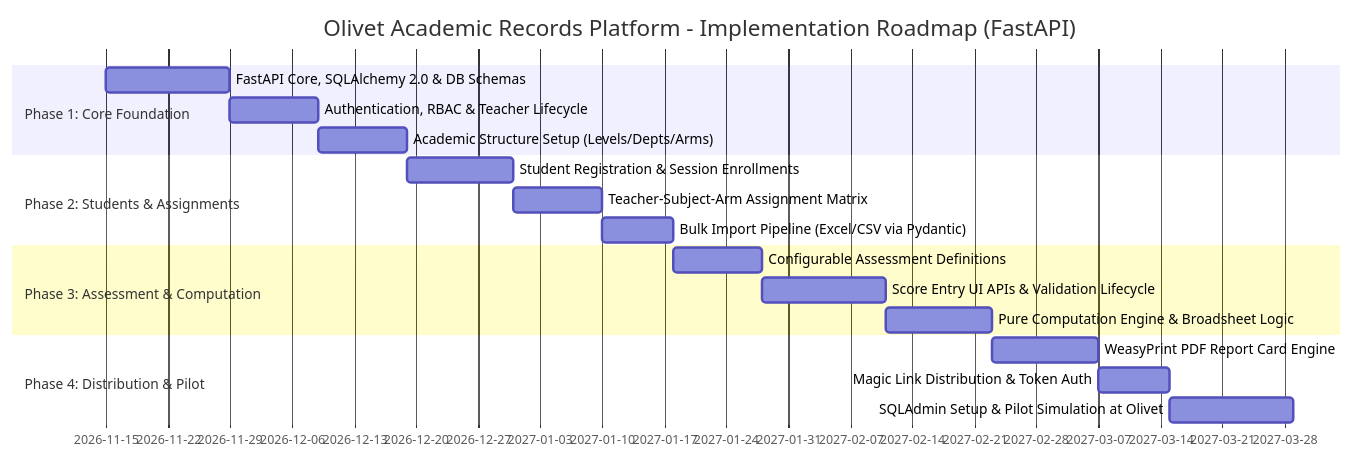
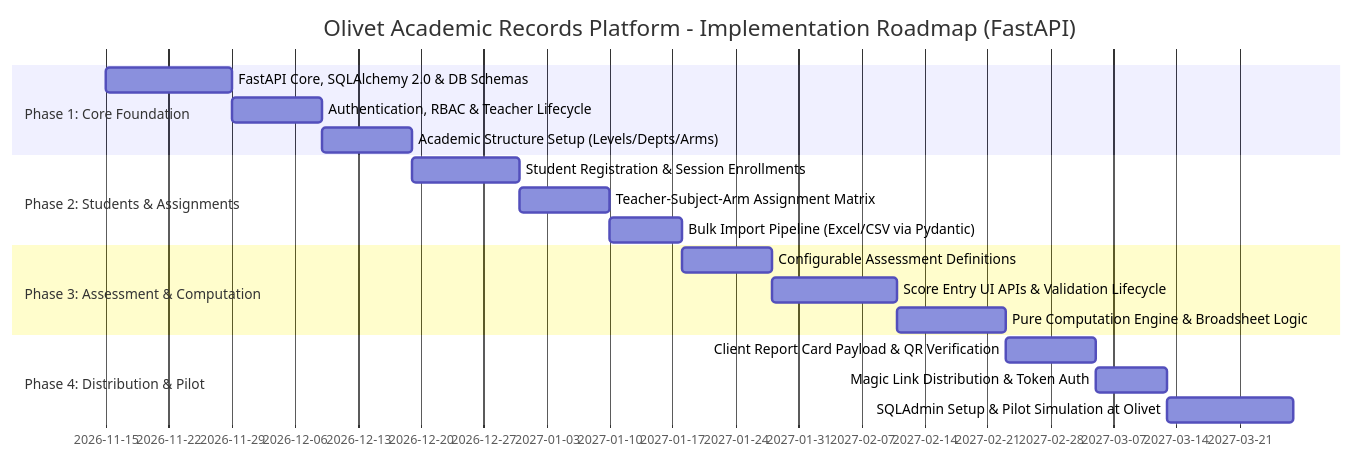
One commit to Dev-Eyitayo/Student-Portal changed diagram 11 of 11 in ARCHITECTURE.md. Above: the diagram before and after it, drawn with Mermaid. The commit also changed other lines of this file and 27 other files, not shown here.

Commit message:
feat: complete Phase 1 foundation scaffolding with tests and updated architecture decisions

````diff
--- a/ARCHITECTURE.md
+++ b/ARCHITECTURE.md
@@ -1683,21 +1705,21 @@
 ```mermaid
 gantt
     title Olivet Academic Records Platform - Implementation Roadmap (FastAPI)
     dateFormat  YYYY-MM-DD
     section Phase 1: Core Foundation
     FastAPI Core, SQLAlchemy 2.0 & DB Schemas   :p1_1, 2026-11-15, 14d
     Authentication, RBAC & Teacher Lifecycle     :p1_2, after p1_1, 10d
     Academic Structure Setup (Levels/Depts/Arms) :p1_3, after p1_2, 10d
     section Phase 2: Students & Assignments
     Student Registration & Session Enrollments   :p2_1, after p1_3, 12d
     Teacher-Subject-Arm Assignment Matrix        :p2_2, after p2_1, 10d
     Bulk Import Pipeline (Excel/CSV via Pydantic):p2_3, after p2_2, 8d
     section Phase 3: Assessment & Computation
     Configurable Assessment Definitions          :p3_1, after p2_3, 10d
     Score Entry UI APIs & Validation Lifecycle   :p3_2, after p3_1, 14d
     Pure Computation Engine & Broadsheet Logic   :p3_3, after p3_2, 12d
     section Phase 4: Distribution & Pilot
-    WeasyPrint PDF Report Card Engine            :p4_1, after p3_3, 12d
+    Client Report Card Payload & QR Verification :p4_1, after p3_3, 10d
     Magic Link Distribution & Token Auth         :p4_2, after p4_1, 8d
     SQLAdmin Setup & Pilot Simulation at Olivet  :p4_3, after p4_2, 14d
 ```
````
